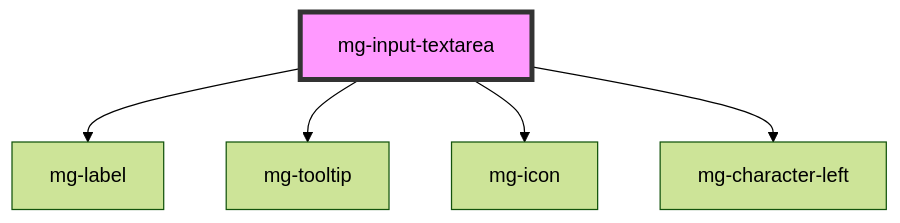
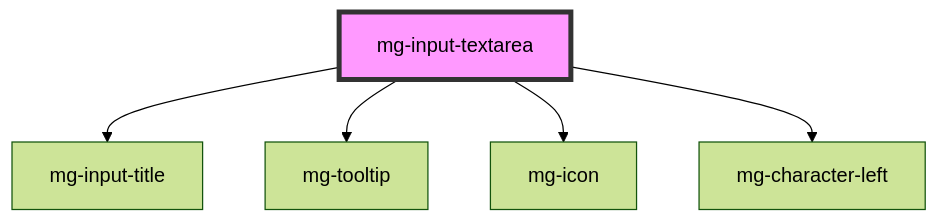
The diagram in src/components/molecules/inputs/mg-input-textarea/readme.md (MGDIS/mg-components), drawn with Mermaid (forest theme) before and after one commit. The commit also changed other lines of this file and 52 other files, not shown here.

First line of the commit message:
feat(mg-input-radio): tests - [x] add e2e tests - [x] add test mg-input-title isFieldset tests - [x] rename mg-label to mg-input-title

````diff
--- a/src/components/molecules/inputs/mg-input-textarea/readme.md
+++ b/src/components/molecules/inputs/mg-input-textarea/readme.md
@@ -50,8 +50,8 @@
 ```mermaid
 graph TD;
-  mg-input-textarea --> mg-label
+  mg-input-textarea --> mg-input-title
   mg-input-textarea --> mg-tooltip
   mg-input-textarea --> mg-icon
   mg-input-textarea --> mg-character-left
   style mg-input-textarea fill:#f9f,stroke:#333,stroke-width:4px
 ```
````
